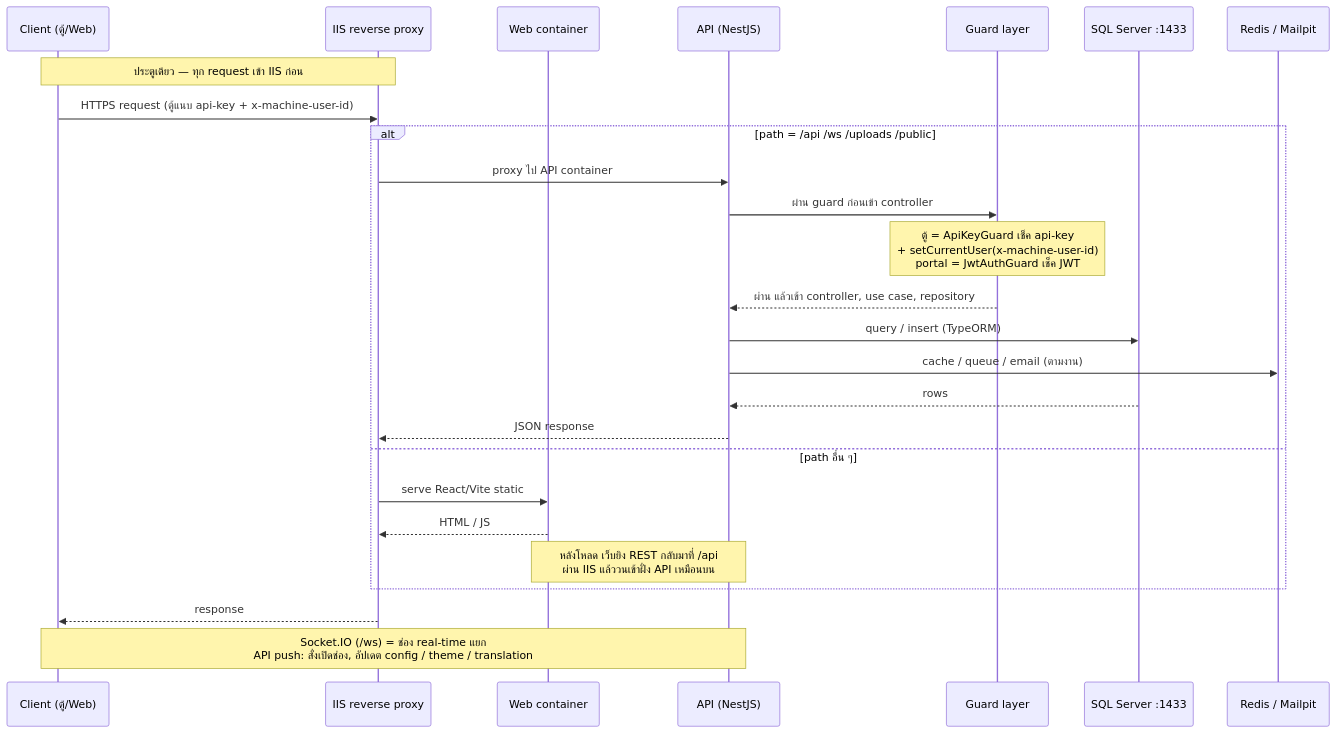
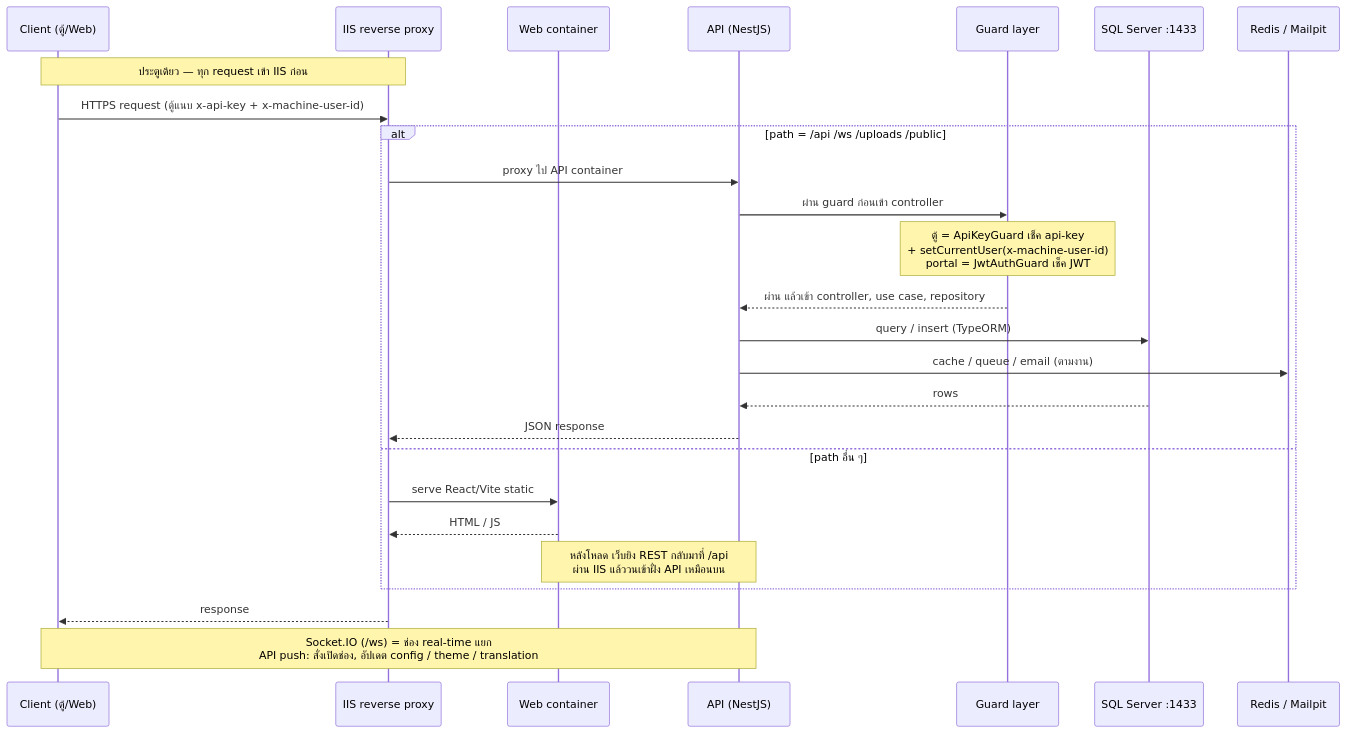
One commit to vending-machine-ttfts/vending-machine-docs changed the sixth of 8 diagrams in tech-team-handbook.md. Above: the diagram before and after it, drawn with Mermaid. The commit also changed other lines of this file, not shown here.

First line of the commit message:
docs(handbook): stock-schema rewrite + fact-verify corrections vs live source

````diff
--- a/tech-team-handbook.md
+++ b/tech-team-handbook.md
@@ -706,30 +708,30 @@
 ```mermaid
 sequenceDiagram
     participant C as Client (ตู้/Web)
     participant IIS as IIS reverse proxy
     participant W as Web container
     participant A as API (NestJS)
     participant G as Guard layer
     participant DB as SQL Server :1433
     participant RM as Redis / Mailpit
 
     Note over C,IIS: ประตูเดียว — ทุก request เข้า IIS ก่อน
-    C->>IIS: HTTPS request (ตู้แนบ api-key + x-machine-user-id)
+    C->>IIS: HTTPS request (ตู้แนบ x-api-key + x-machine-user-id)
     alt path = /api /ws /uploads /public
         IIS->>A: proxy ไป API container
         A->>G: ผ่าน guard ก่อนเข้า controller
         Note over G: ตู้ = ApiKeyGuard เช็ค api-key<br/>+ setCurrentUser(x-machine-user-id)<br/>portal = JwtAuthGuard เช็ค JWT
         G-->>A: ผ่าน แล้วเข้า controller, use case, repository
         A->>DB: query / insert (TypeORM)
         A->>RM: cache / queue / email (ตามงาน)
         DB-->>A: rows
         A-->>IIS: JSON response
     else path อื่น ๆ
         IIS->>W: serve React/Vite static
         W-->>IIS: HTML / JS
         Note over W,A: หลังโหลด เว็บยิง REST กลับมาที่ /api<br/>ผ่าน IIS แล้ววนเข้าฝั่ง API เหมือนบน
     end
     IIS-->>C: response
 
     Note over C,A: Socket.IO (/ws) = ช่อง real-time แยก<br/>API push: สั่งเปิดช่อง, อัปเดต config / theme / translation
 ```
````
